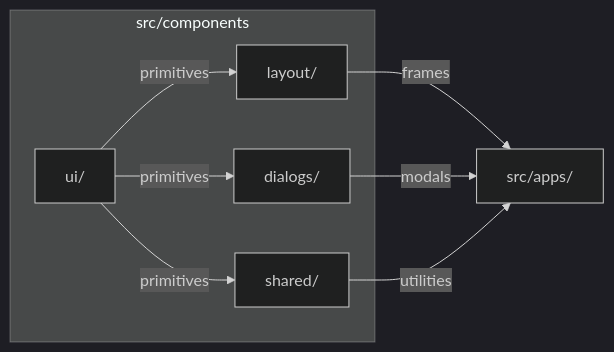
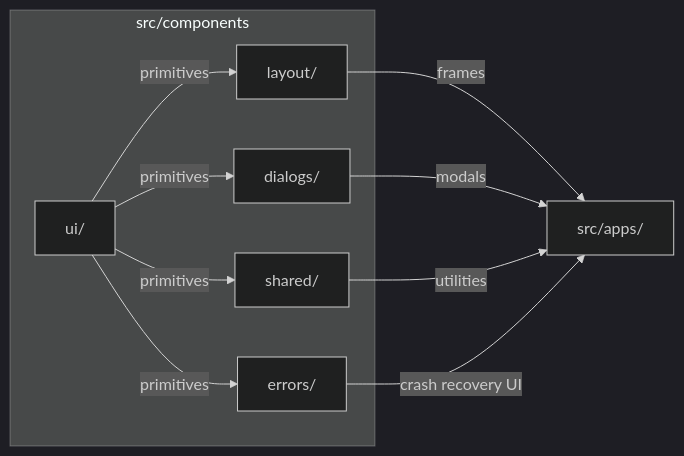
One commit to ryokun6/ryos changed the first of 2 diagrams in docs/7-ui-components.md. Above: the diagram before and after it, drawn with Mermaid (dark theme). The commit also changed other lines of this file and 4 other files, not shown here.

````diff
--- a/docs/7-ui-components.md
+++ b/docs/7-ui-components.md
@@ -20,16 +21,19 @@
 ```mermaid
 graph LR
     subgraph src/components
         UI[ui/]
         Layout[layout/]
         Dialogs[dialogs/]
         Shared[shared/]
+        Errors[errors/]
     end
     
     UI --> |primitives| Layout
     UI --> |primitives| Dialogs
     UI --> |primitives| Shared
+    UI --> |primitives| Errors
     Layout --> |frames| Apps[src/apps/]
     Dialogs --> |modals| Apps
     Shared --> |utilities| Apps
+    Errors --> |crash recovery UI| Apps
 ```
````
